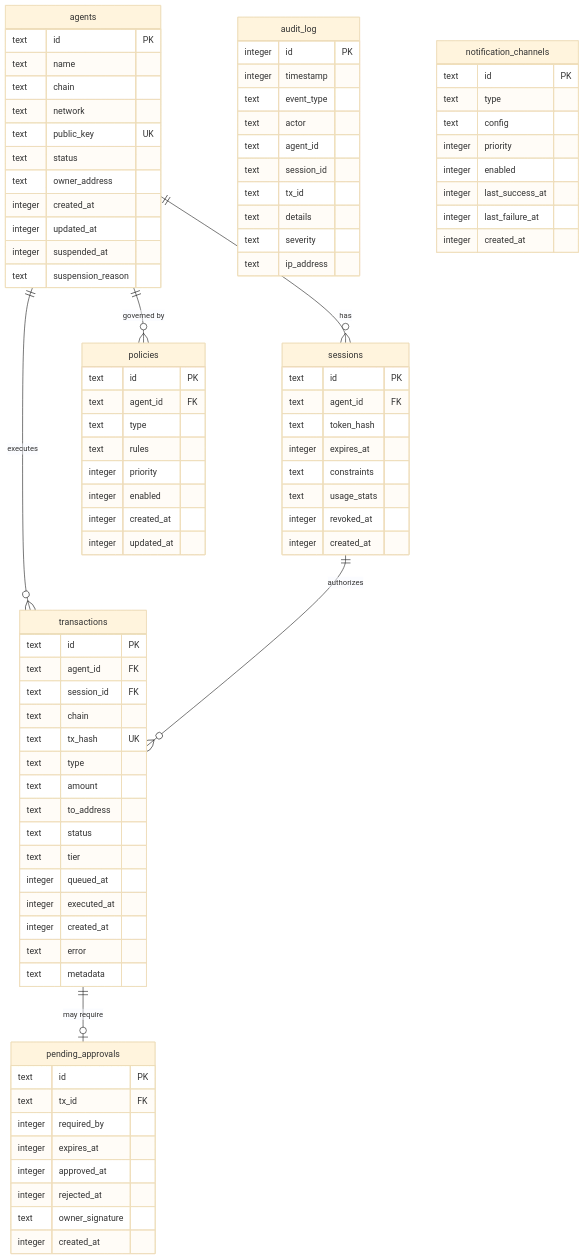
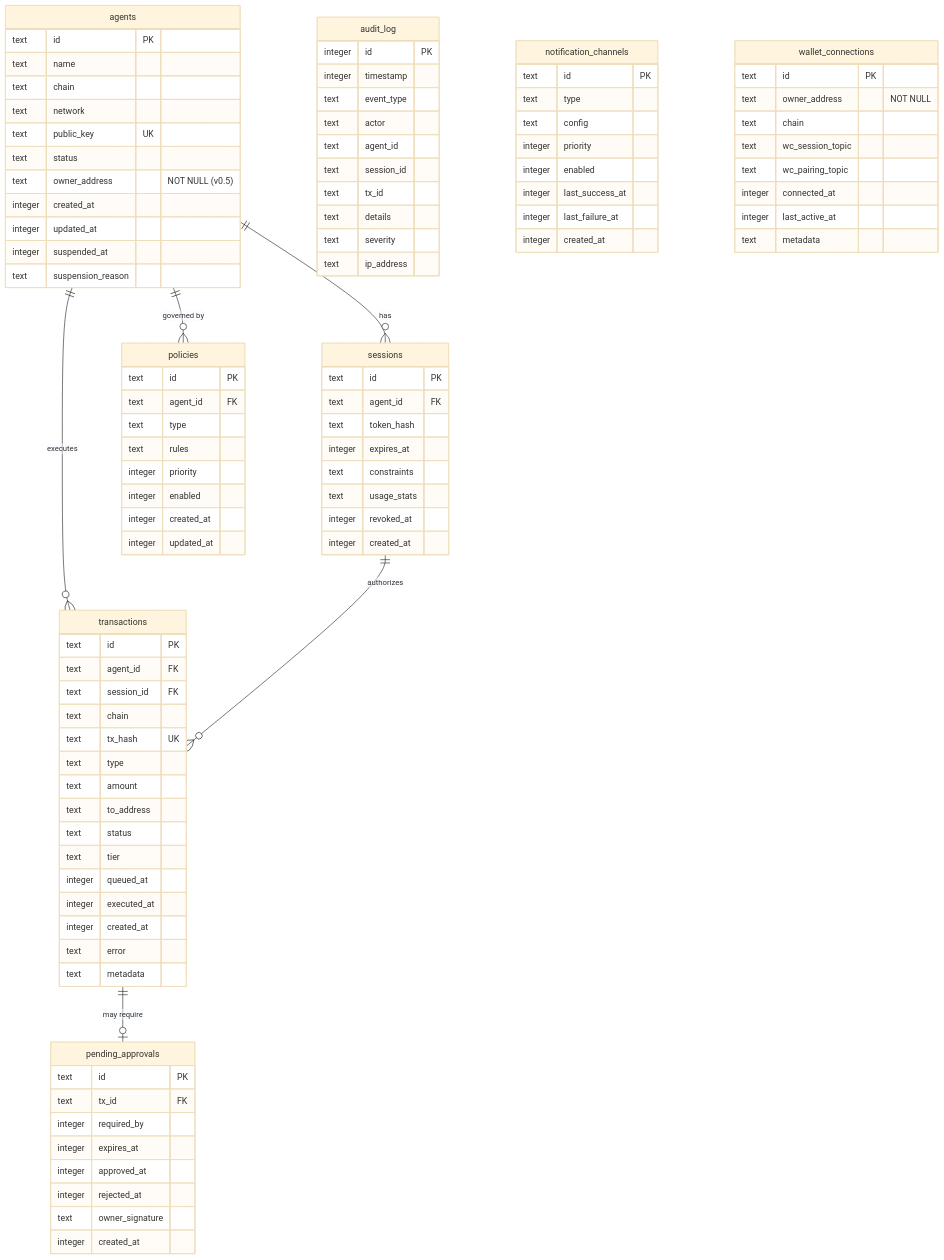
One commit to minhoyoo-iotrust/WAIaaS changed the diagram in .planning/deliverables/25-sqlite-schema.md. Above: the diagram before and after it, drawn with Mermaid (base theme). The commit also changed other lines of this file, not shown here.

First line of the commit message:
feat(19-02): agents.owner_address NOT NULL + wallet_connections 테이블 + 마이그레이션 전략

```diff
--- a/.planning/deliverables/25-sqlite-schema.md
+++ b/.planning/deliverables/25-sqlite-schema.md
@@ -696,7 +767,7 @@
         text network
         text public_key UK
         text status
-        text owner_address
+        text owner_address "NOT NULL (v0.5)"
         integer created_at
         integer updated_at
         integer suspended_at
@@ -778,6 +849,17 @@
         integer created_at
     }
 
+    wallet_connections {
+        text id PK
+        text owner_address "NOT NULL"
+        text chain
+        text wc_session_topic
+        text wc_pairing_topic
+        integer connected_at
+        integer last_active_at
+        text metadata
+    }
+
     agents ||--o{ sessions : "has"
     agents ||--o{ transactions : "executes"
     agents ||--o{ policies : "governed by"
```
